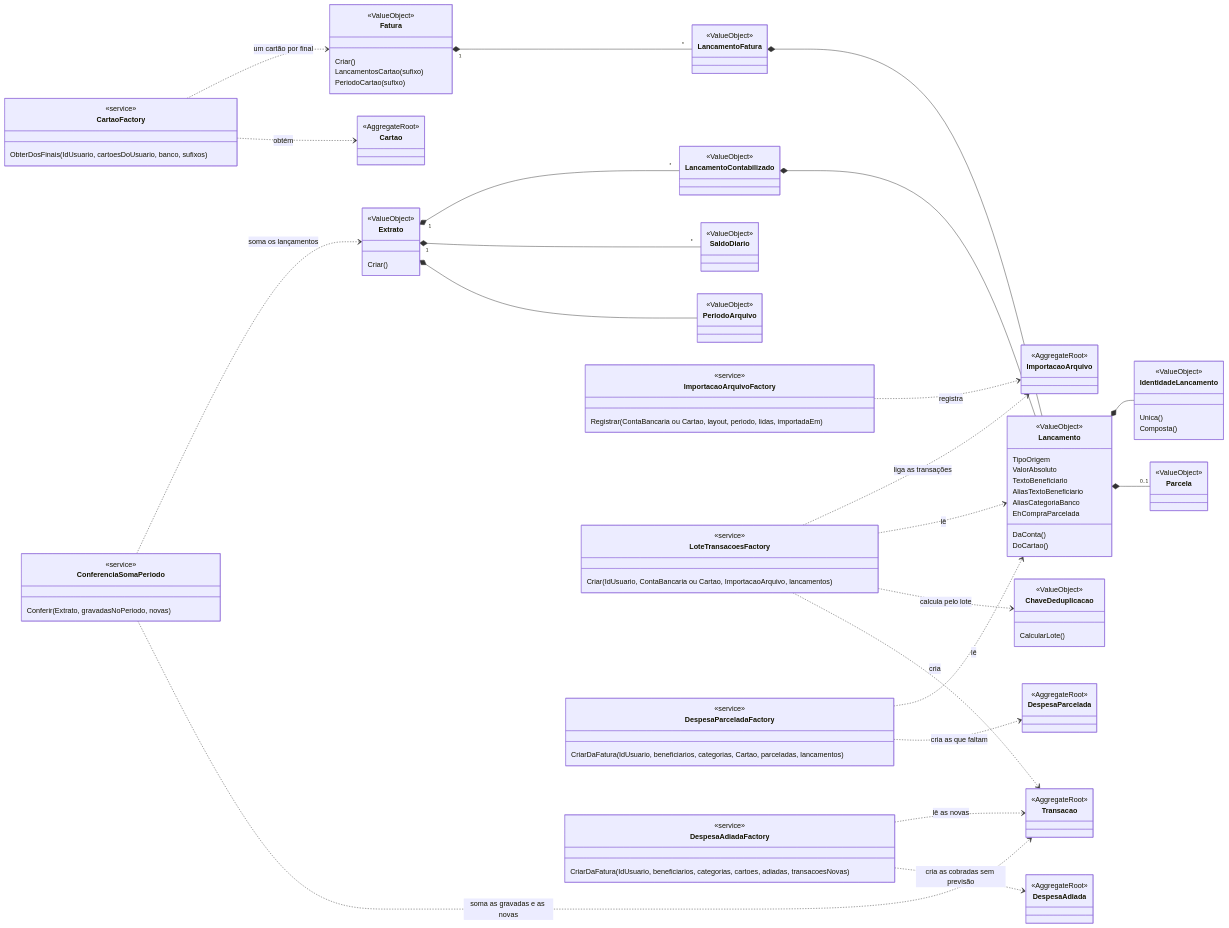
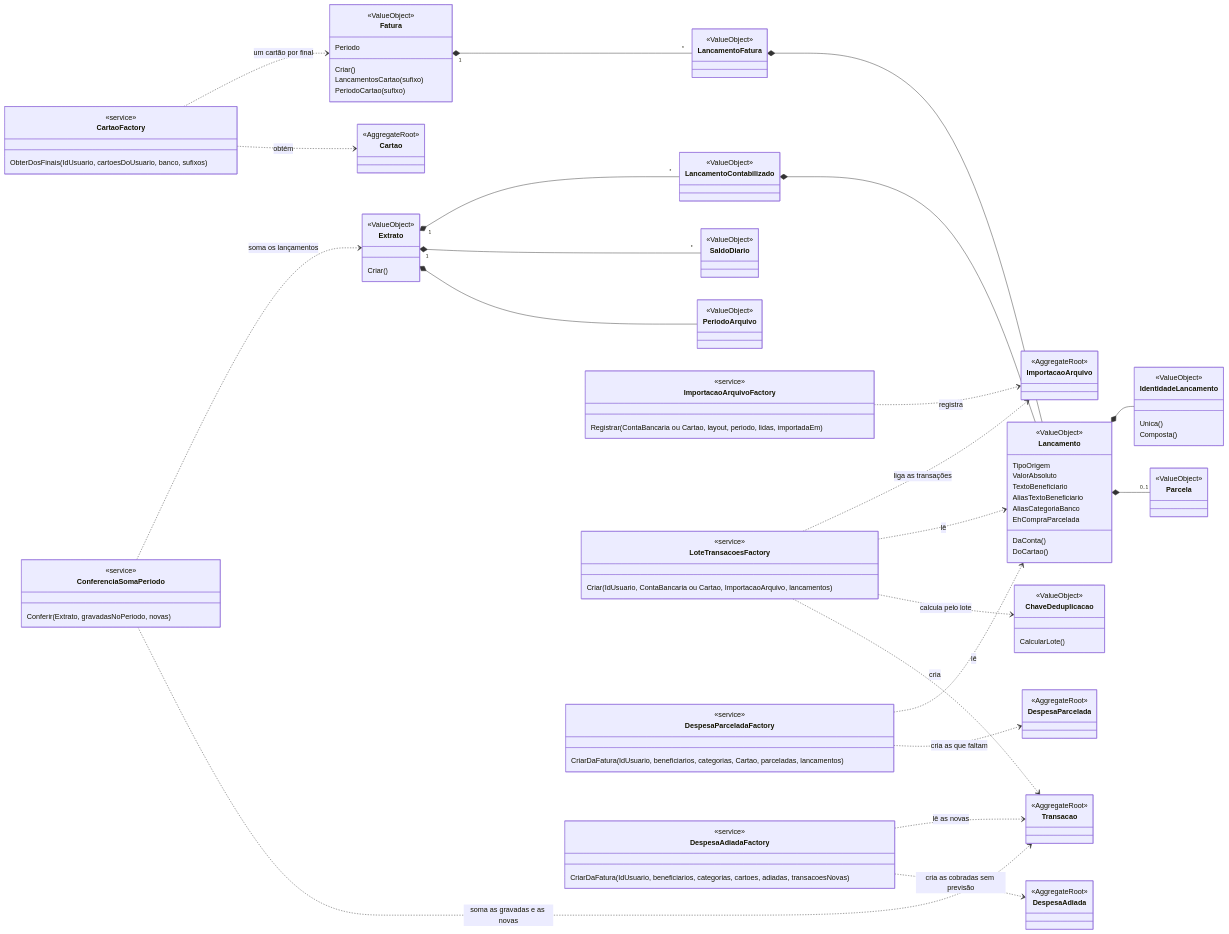
One commit to humbertosampaio/controle-financeiro changed the second of 2 diagrams in docs/modelo-de-dominio.md. Above: the diagram before and after it, drawn with Mermaid. The commit also changed other lines of this file and 16 other files, not shown here.

```diff
--- a/docs/modelo-de-dominio.md
+++ b/docs/modelo-de-dominio.md
@@ -338,6 +338,7 @@
     class Fatura {
         <<ValueObject>>
         Criar()
+        Periodo
         LancamentosCartao(sufixo)
         PeriodoCartao(sufixo)
     }
```
